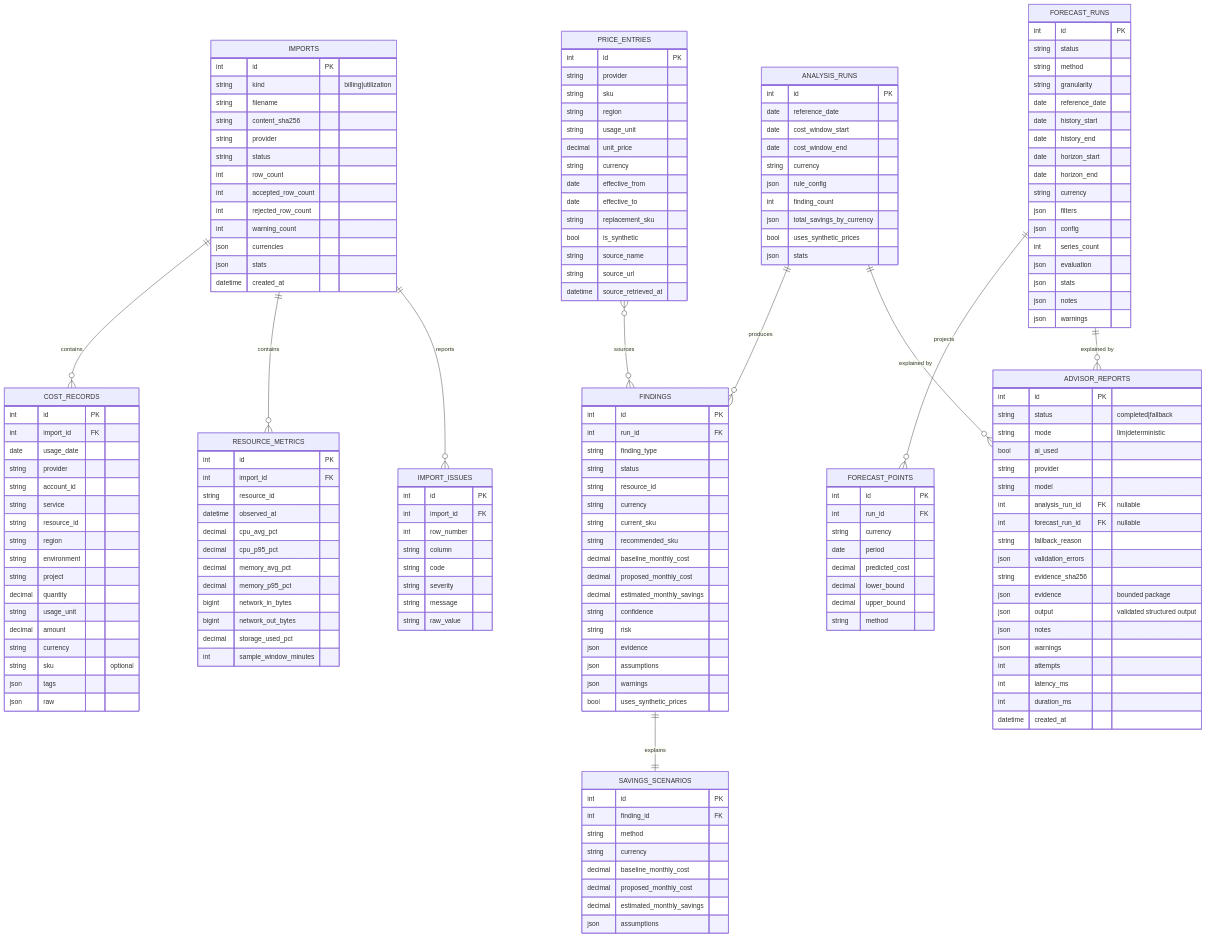
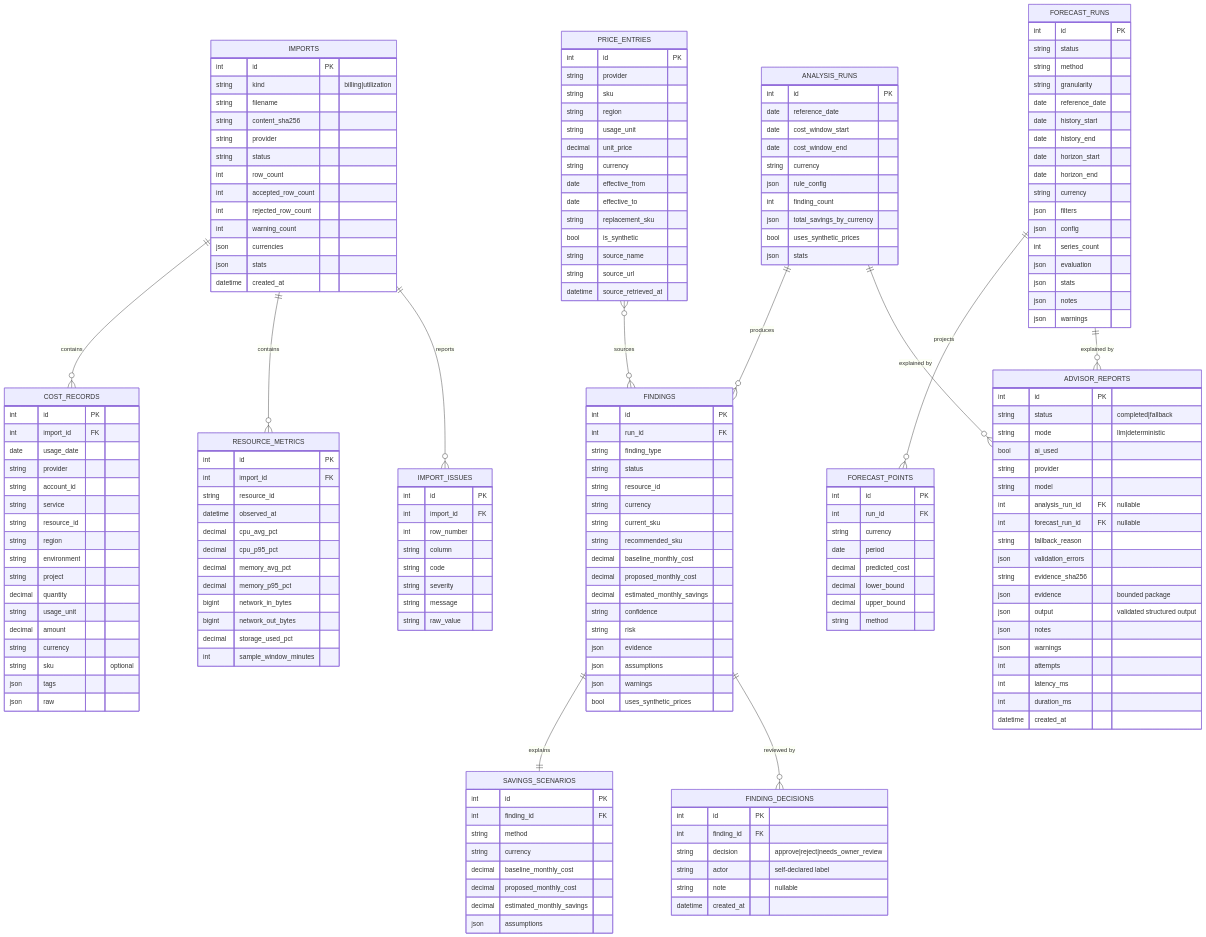
One commit to bharath609/CloudPilot.ai changed the third of 4 diagrams in docs/ARCHITECTURE.md. Above: the diagram before and after it, drawn with Mermaid. The commit also changed other lines of this file and 64 other files, not shown here.

First line of the commit message:
feat: add dashboard, review decisions and exports (M6)

````diff
--- a/docs/ARCHITECTURE.md
+++ b/docs/ARCHITECTURE.md
@@ -357,6 +412,7 @@
   FORECAST_RUNS ||--o{ FORECAST_POINTS : "projects"
   ANALYSIS_RUNS ||--o{ ADVISOR_REPORTS : "explained by"
   FORECAST_RUNS ||--o{ ADVISOR_REPORTS : "explained by"
+  FINDINGS ||--o{ FINDING_DECISIONS : "reviewed by"
 
   IMPORTS {
     int id PK
@@ -523,4 +579,12 @@
     int duration_ms
     datetime created_at
   }
+  FINDING_DECISIONS {
+    int id PK
+    int finding_id FK
+    string decision "approve|reject|needs_owner_review"
+    string actor "self-declared label"
+    string note "nullable"
+    datetime created_at
+  }
 ```
````
